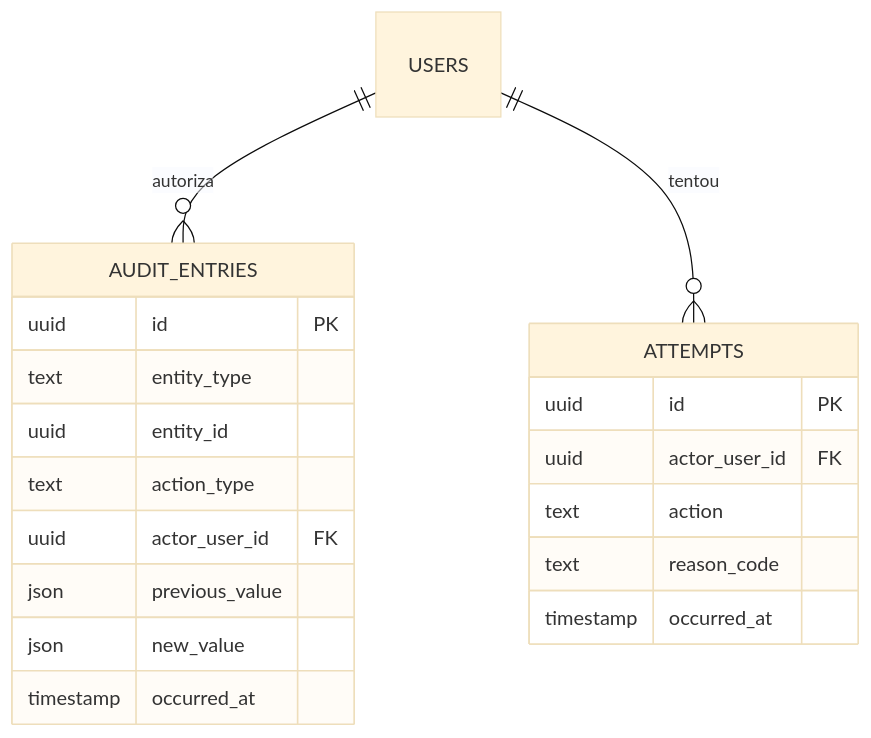
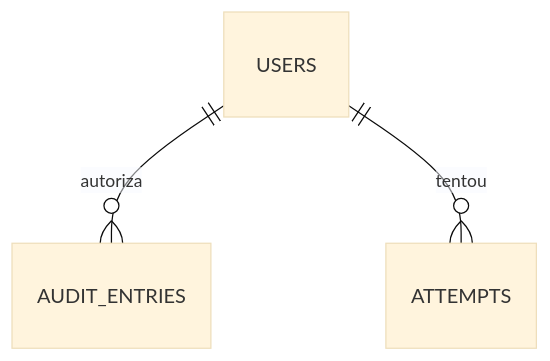
One commit to NEO-Kaizen/backend-novo changed the third of 3 diagrams in docs/03-Data-Model.md. Above: the diagram before and after it, drawn with Mermaid (base theme). The commit also changed other lines of this file and 5 other files, not shown here.

````diff
--- a/docs/03-Data-Model.md
+++ b/docs/03-Data-Model.md
@@ -328,23 +302,5 @@
 ```mermaid
 erDiagram
     USERS ||--o{ AUDIT_ENTRIES : "autoriza"
     USERS ||--o{ ATTEMPTS : "tentou"
-
-    AUDIT_ENTRIES {
-        uuid id PK
-        text entity_type
-        uuid entity_id
-        text action_type
-        uuid actor_user_id FK
-        json previous_value
-        json new_value
-        timestamp occurred_at
-    }
-    ATTEMPTS {
-        uuid id PK
-        uuid actor_user_id FK
-        text action
-        text reason_code
-        timestamp occurred_at
-    }
 ```
````
